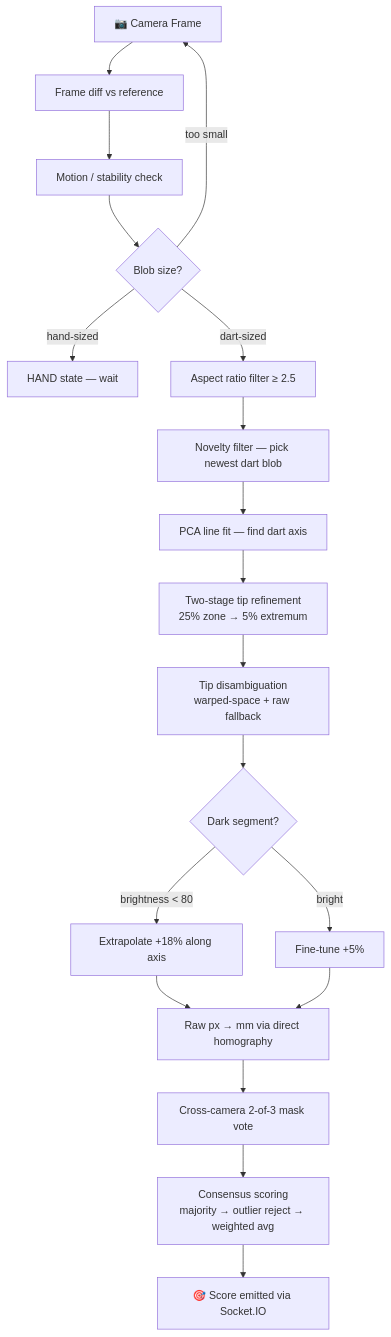
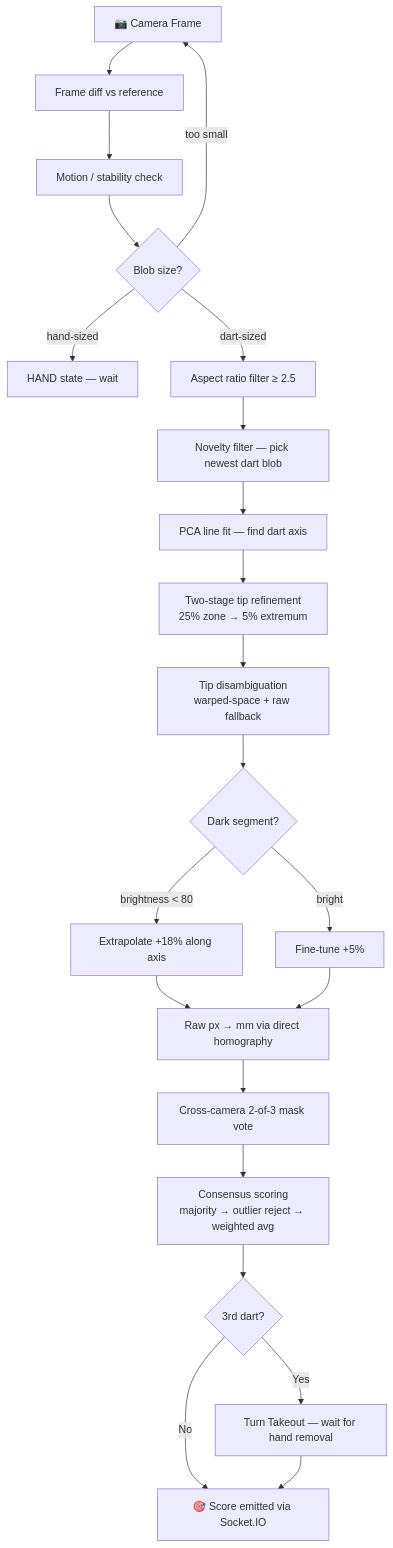
Before and after one commit to kashiwagiren/ThrowVision: the sixth of 6 diagrams in README.md, drawn with Mermaid. The commit also changed other lines of this file, not shown here.

Commit message:
Update README: turn takeout system, system checker, offline guard, detection speed, socket events

````diff
--- a/README.md
+++ b/README.md
@@ -344,21 +383,24 @@
 ```mermaid
 flowchart TD
     A[📷 Camera Frame] --> B[Frame diff vs reference]
     B --> C[Motion / stability check]
     C --> D{Blob size?}
     D -->|too small| A
     D -->|hand-sized| E[HAND state — wait]
     D -->|dart-sized| F[Aspect ratio filter ≥ 2.5]
     F --> G[Novelty filter — pick newest dart blob]
     G --> H[PCA line fit — find dart axis]
     H --> I[Two-stage tip refinement\n25% zone → 5% extremum]
     I --> J[Tip disambiguation\nwarped-space + raw fallback]
     J --> K{Dark segment?}
     K -->|brightness < 80| L[Extrapolate +18% along axis]
     K -->|bright| M[Fine-tune +5%]
     L --> N[Raw px → mm via direct homography]
     M --> N
     N --> O[Cross-camera 2-of-3 mask vote]
     O --> P[Consensus scoring\nmajority → outlier reject → weighted avg]
-    P --> Q[🎯 Score emitted via Socket.IO]
+    P --> Q{3rd dart?}
+    Q -->|Yes| R[Turn Takeout — wait for hand removal]
+    Q -->|No| S[🎯 Score emitted via Socket.IO]
+    R --> S
 ```
````
